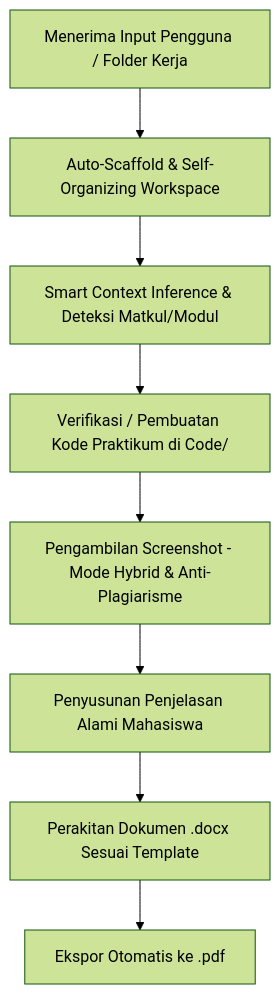
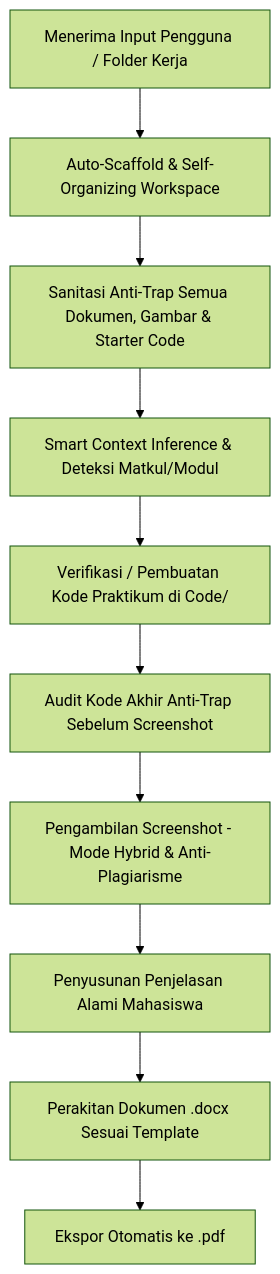
One commit to SatriaBaktiWijaya/NgeLaprak changed the diagram in skills/ngelaprak/SKILL.md. Above: the diagram before and after it, drawn with Mermaid (forest theme). The commit also changed other lines of this file and 12 other files, not shown here.

Commit message:
feat(anti-trap): add 6-layer defense-in-depth sanitizer, CLI commands, and code audit

````diff
--- a/skills/ngelaprak/SKILL.md
+++ b/skills/ngelaprak/SKILL.md
@@ -18,10 +18,12 @@
 ```mermaid
 graph TD
     A[Menerima Input Pengguna / Folder Kerja] --> B[Auto-Scaffold & Self-Organizing Workspace]
-    B --> C[Smart Context Inference & Deteksi Matkul/Modul]
+    B --> B2[Sanitasi Anti-Trap Semua Dokumen, Gambar & Starter Code]
+    B2 --> C[Smart Context Inference & Deteksi Matkul/Modul]
     C --> D[Verifikasi / Pembuatan Kode Praktikum di Code/]
-    D --> E[Pengambilan Screenshot - Mode Hybrid & Anti-Plagiarisme]
+    D --> D2[Audit Kode Akhir Anti-Trap Sebelum Screenshot]
+    D2 --> E[Pengambilan Screenshot - Mode Hybrid & Anti-Plagiarisme]
     E --> F[Penyusunan Penjelasan Alami Mahasiswa]
     F --> G[Perakitan Dokumen .docx Sesuai Template]
     G --> H[Ekspor Otomatis ke .pdf]
 ```
````
